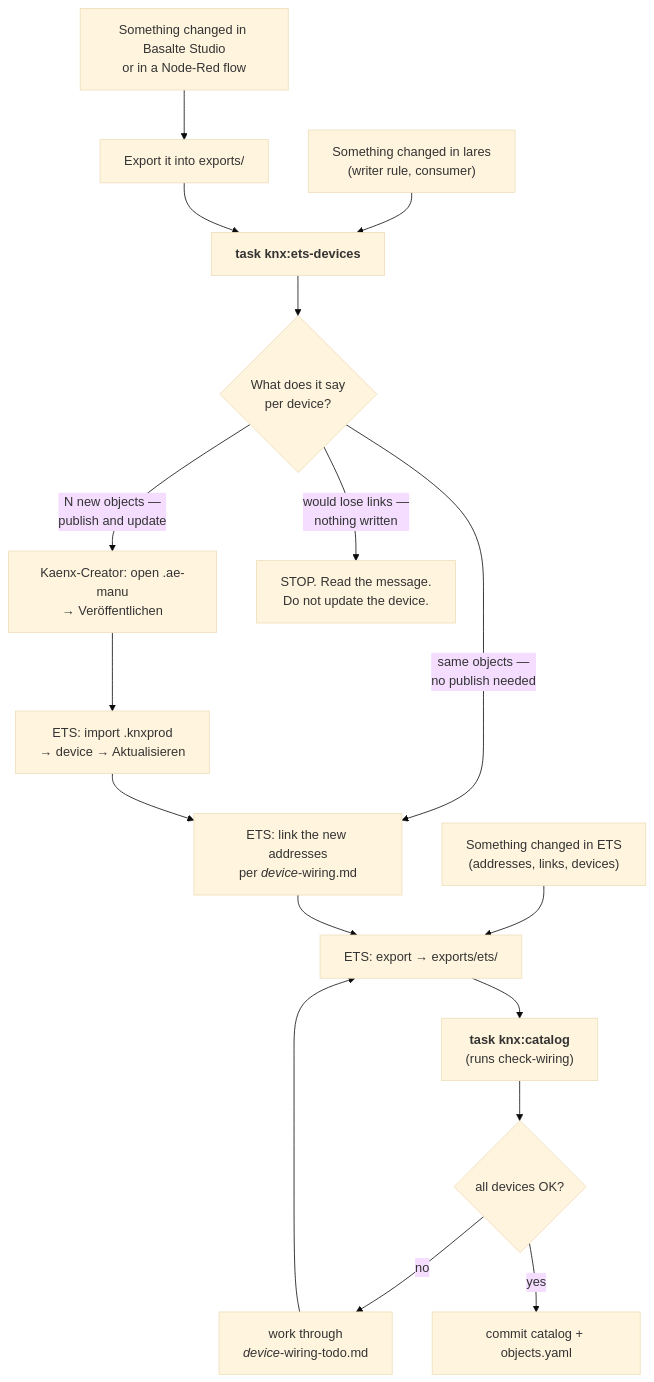
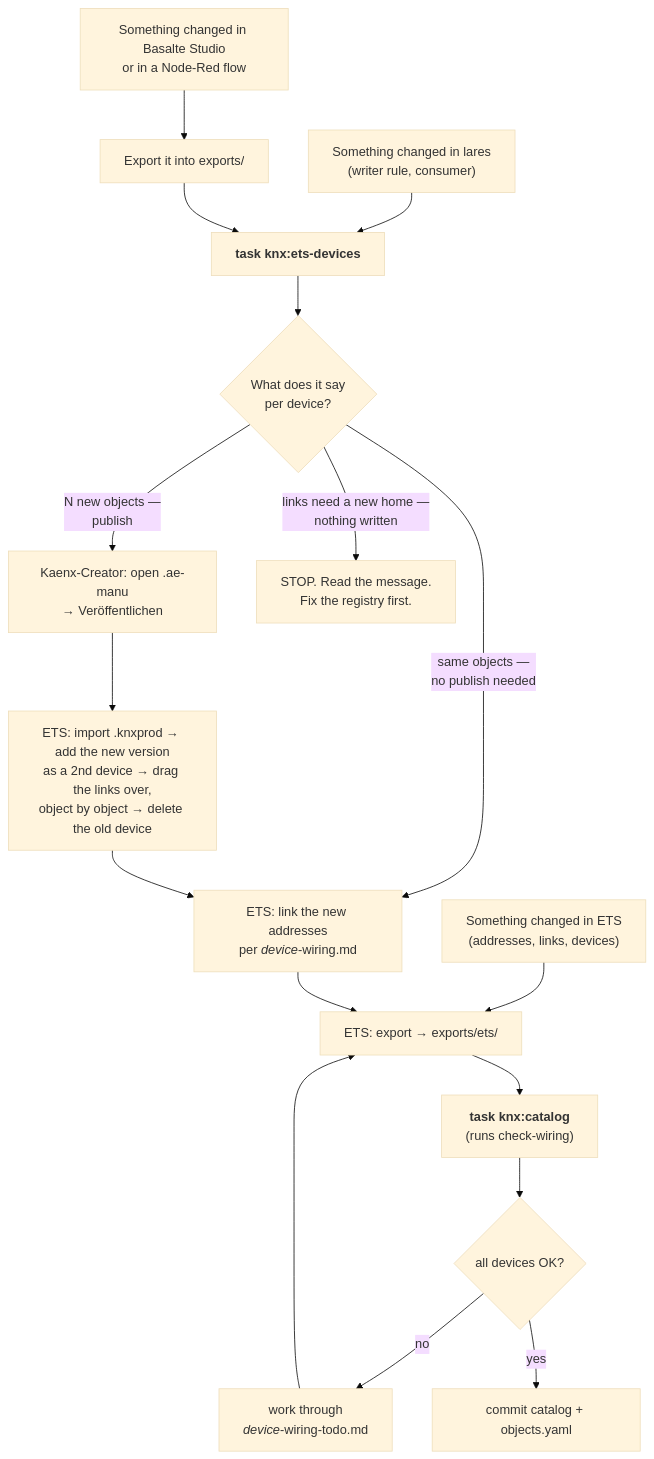
The diagram in docs/knx/README.md (alexander-zimmermann/lares), drawn with Mermaid (base theme) before and after one commit. The commit also changed other lines of this file, not shown here.

First line of the commit message:
docs(knx): a new version goes in as a second device, links move by hand

````diff
--- a/docs/knx/README.md
+++ b/docs/knx/README.md
@@ -17,16 +17,16 @@
 ```mermaid
 flowchart TD
     A["Something changed in lares<br/>(writer rule, consumer)"] --> G
     B["Something changed in Basalte Studio<br/>or in a Node-Red flow"] --> E["Export it into exports/"] --> G
     C["Something changed in ETS<br/>(addresses, links, devices)"] --> X
     G["<b>task knx:ets-devices</b>"] --> D{"What does it say<br/>per device?"}
     D -- "same objects —<br/>no publish needed" --> L["ETS: link the new addresses<br/>per <i>device</i>-wiring.md"]
-    D -- "N new objects —<br/>publish and update" --> K["Kaenx-Creator: open .ae-manu<br/>→ Veröffentlichen"]
-    D -- "would lose links —<br/>nothing written" --> S["STOP. Read the message.<br/>Do not update the device."]
-    K --> I["ETS: import .knxprod<br/>→ device → Aktualisieren"] --> L
+    D -- "N new objects —<br/>publish" --> K["Kaenx-Creator: open .ae-manu<br/>→ Veröffentlichen"]
+    D -- "links need a new home —<br/>nothing written" --> S["STOP. Read the message.<br/>Fix the registry first."]
+    K --> I["ETS: import .knxprod → add the new version<br/>as a 2nd device → drag the links over,<br/>object by object → delete the old device"] --> L
     L --> X["ETS: export → exports/ets/"]
     X --> V["<b>task knx:catalog</b><br/>(runs check-wiring)"]
     V --> R{"all devices OK?"}
     R -- no --> T["work through<br/><i>device</i>-wiring-todo.md"] --> X
     R -- yes --> Z["commit catalog + objects.yaml"]
 ```
````
